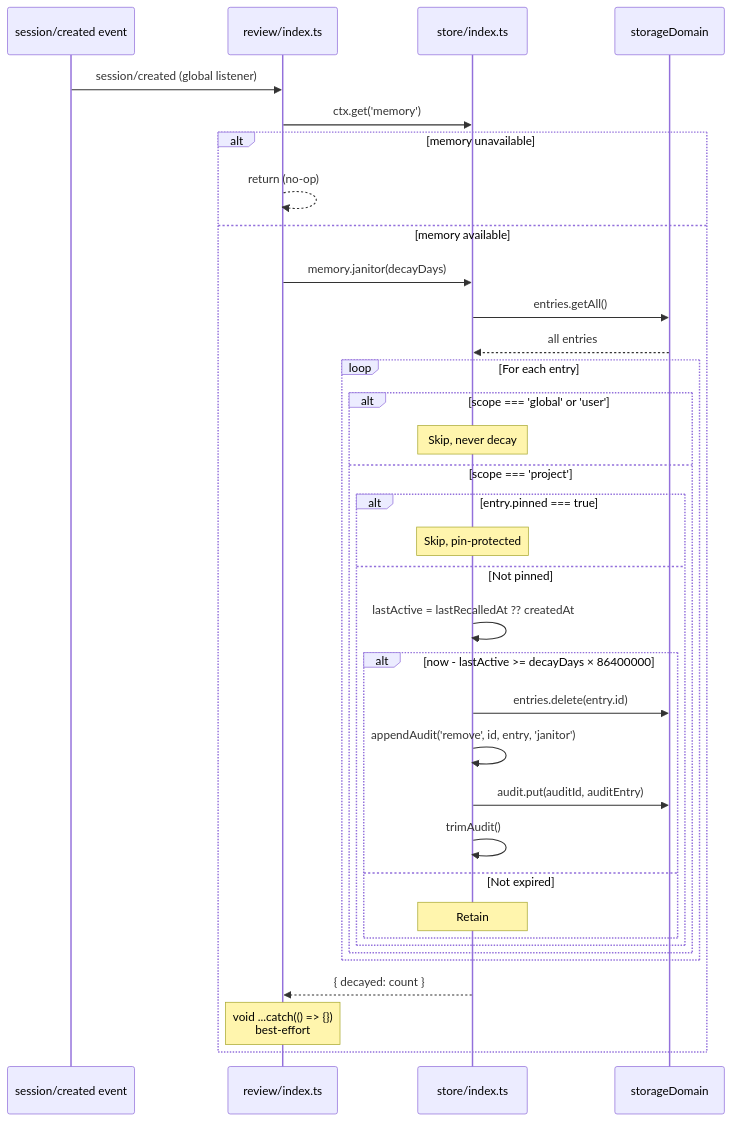
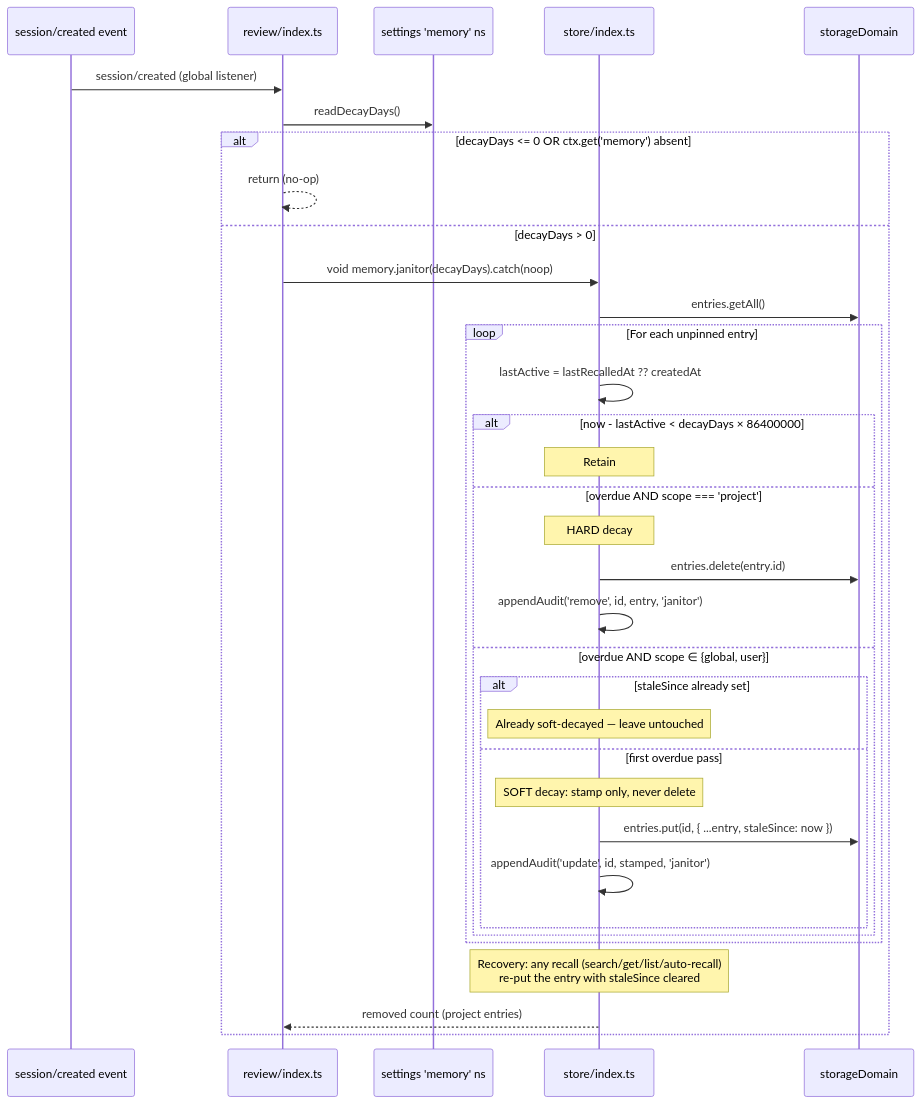
One commit to chenhw7/dsh-memory changed the seventh of 14 diagrams in docs/SEQUENCE_DIAGRAMS.md. Above: the diagram before and after it, drawn with Mermaid. The commit also changed other lines of this file and 5 other files, not shown here.

First line of the commit message:
docs: sync README / TECH_DESIGN / SEQUENCE_DIAGRAMS with the v0.3.0 implementation

````diff
--- a/docs/SEQUENCE_DIAGRAMS.md
+++ b/docs/SEQUENCE_DIAGRAMS.md
@@ -322,41 +323,39 @@
 ```mermaid
 sequenceDiagram
     participant SC as session/created event
     participant Review as review/index.ts
+    participant Settings as settings 'memory' ns
     participant Store as store/index.ts
     participant SD as storageDomain
 
     SC->>Review: session/created (global listener)
-    Review->>Store: ctx.get('memory')
-    alt memory unavailable
+    Review->>Settings: readDecayDays()
+    alt decayDays <= 0 OR ctx.get('memory') absent
         Review-->>Review: return (no-op)
-    else memory available
-        Review->>Store: memory.janitor(decayDays)
+    else decayDays > 0
+        Review->>Store: void memory.janitor(decayDays).catch(noop)
+        Store->>SD: entries.getAll()
 
-        Store->>SD: entries.getAll()
-        SD-->>Store: all entries
-
-        loop For each entry
-            alt scope === 'global' or 'user'
-                Note over Store: Skip, never decay
-            else scope === 'project'
-                alt entry.pinned === true
-                    Note over Store: Skip, pin-protected
-                else Not pinned
-                    Store->>Store: lastActive = lastRecalledAt ?? createdAt
-                    alt now - lastActive >= decayDays × 86400000
-                        Store->>SD: entries.delete(entry.id)
-                        Store->>Store: appendAudit('remove', id, entry, 'janitor')
-                        Store->>SD: audit.put(auditId, auditEntry)
-                        Store->>Store: trimAudit()
-                    else Not expired
-                        Note over Store: Retain
-                    end
+        loop For each unpinned entry
+            Store->>Store: lastActive = lastRecalledAt ?? createdAt
+            alt now - lastActive < decayDays × 86400000
+                Note over Store: Retain
+            else overdue AND scope === 'project'
+                Note over Store: HARD decay
+                Store->>SD: entries.delete(entry.id)
+                Store->>Store: appendAudit('remove', id, entry, 'janitor')
+            else overdue AND scope ∈ {global, user}
+                alt staleSince already set
+                    Note over Store: Already soft-decayed — leave untouched
+                else first overdue pass
+                    Note over Store: SOFT decay: stamp only, never delete
+                    Store->>SD: entries.put(id, { ...entry, staleSince: now })
+                    Store->>Store: appendAudit('update', id, stamped, 'janitor')
                 end
             end
         end
 
-        Store-->>Review: { decayed: count }
-        Note over Review: void ...catch(() => {})<br/>best-effort
+        Note over Store: Recovery: any recall (search/get/list/auto-recall)<br/>re-put the entry with staleSince cleared
+        Store-->>Review: removed count (project entries)
     end
 ```
````
